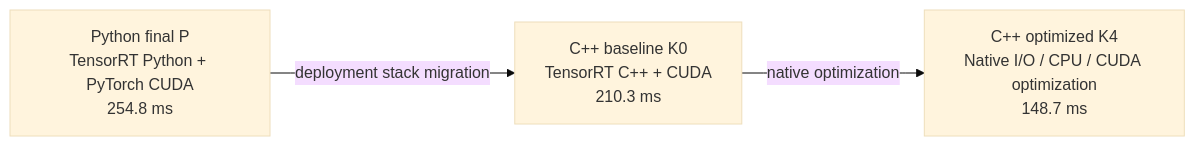
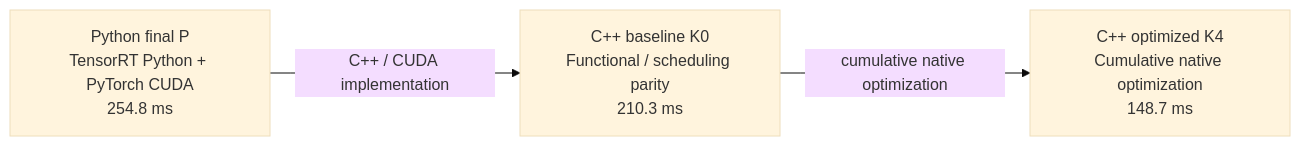
One commit to daydreamer00824/hspc-deploy changed the second of 3 diagrams in README.md. Above: the diagram before and after it, drawn with Mermaid (base theme). The commit also changed other lines of this file and 3 other files, not shown here.

````diff
--- a/README.md
+++ b/README.md
@@ -162,9 +161,9 @@
 ```mermaid
 flowchart LR
     P["Python final P<br/>TensorRT Python + PyTorch CUDA<br/>254.8 ms"]
-    K0["C++ baseline K0<br/>TensorRT C++ + CUDA<br/>210.3 ms"]
-    K4["C++ optimized K4<br/>Native I/O / CPU / CUDA optimization<br/>148.7 ms"]
+    K0["C++ baseline K0<br/>Functional / scheduling parity<br/>210.3 ms"]
+    K4["C++ optimized K4<br/>Cumulative native optimization<br/>148.7 ms"]
 
-    P -->|"deployment stack migration"| K0
-    K0 -->|"native optimization"| K4
+    P -->|"C++ / CUDA implementation"| K0
+    K0 -->|"cumulative native optimization"| K4
 ```
````
